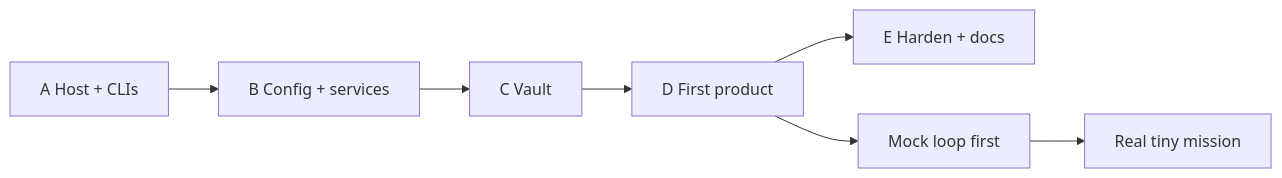
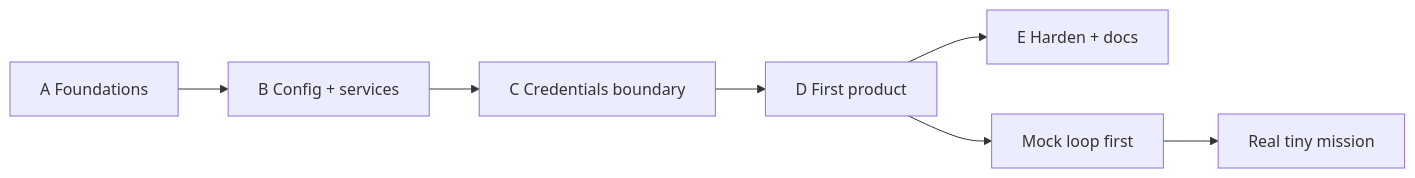
Before and after one commit to southu/vygo: the seventh of 7 diagrams in content/vibe-coding/ratchet-guide/diagrams.md, drawn with Mermaid. The commit also changed other lines of this file and 42 other files, not shown here.

````diff
--- a/content/vibe-coding/ratchet-guide/diagrams.md
+++ b/content/vibe-coding/ratchet-guide/diagrams.md
@@ -170,9 +170,9 @@
 ```mermaid
 flowchart LR
-  A[A Host + CLIs] --> B[B Config + services]
-  B --> C[C Vault]
+  A[A Foundations] --> B[B Config + services]
+  B --> C[C Credentials boundary]
   C --> D[D First product]
   D --> E[E Harden + docs]
   D --> M[Mock loop first]
   M --> Real[Real tiny mission]
 ```
````
